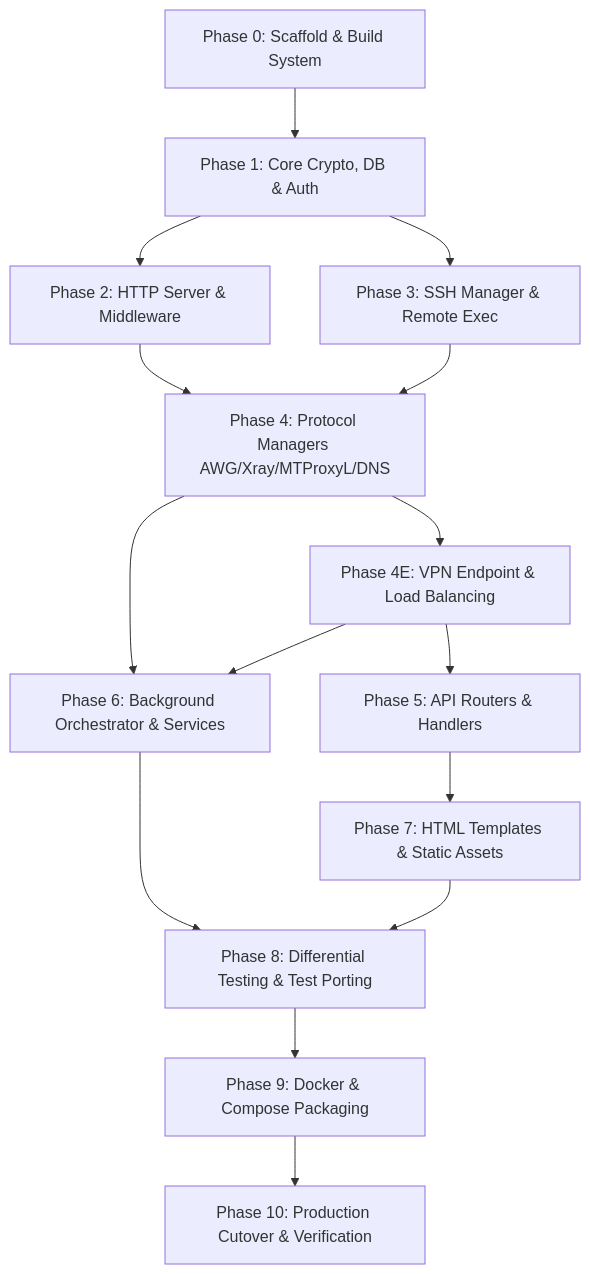
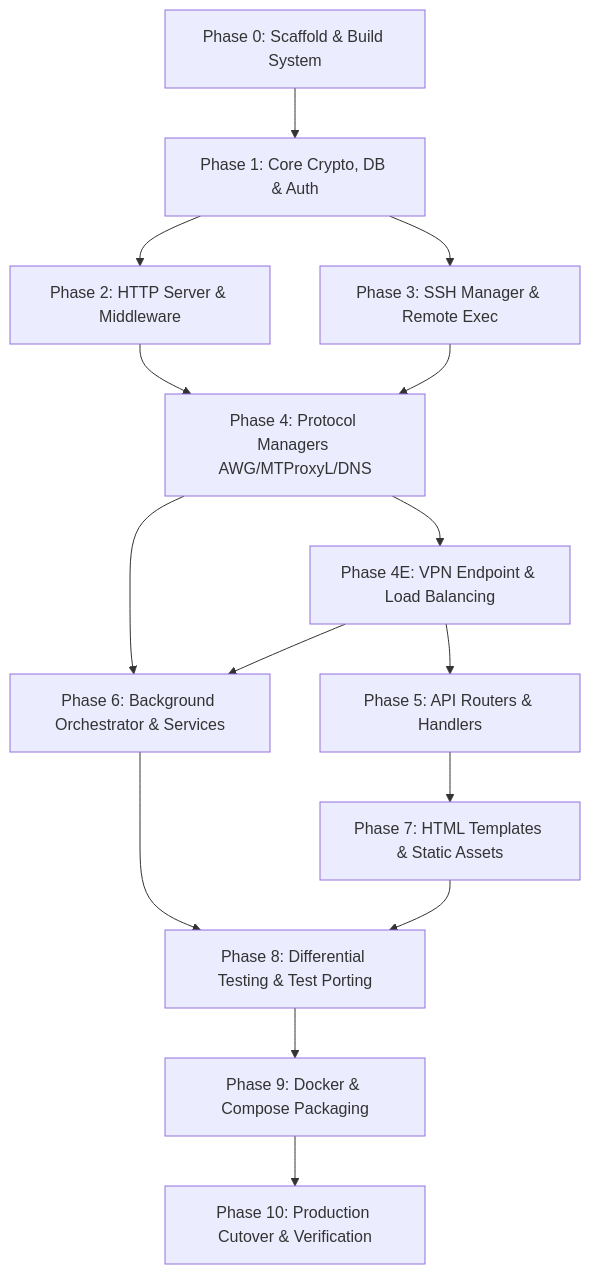
One commit to devops-igor/amnezia-web-ui changed the diagram in docs/plans/2026-08-25-go-rewrite.md. Above: the diagram before and after it, drawn with Mermaid. The commit also changed other lines of this file and 24 other files, not shown here.

First line of the commit message:
refactor(core): purge Xray protocol from plans, specifications, models, and UI

````diff
--- a/docs/plans/2026-08-25-go-rewrite.md
+++ b/docs/plans/2026-08-25-go-rewrite.md
@@ -430,17 +427,17 @@
 ```mermaid
 graph TD
     P0[Phase 0: Scaffold & Build System] --> P1[Phase 1: Core Crypto, DB & Auth]
     P1 --> P2[Phase 2: HTTP Server & Middleware]
     P1 --> P3[Phase 3: SSH Manager & Remote Exec]
-    P2 --> P4[Phase 4: Protocol Managers AWG/Xray/MTProxyL/DNS]
+    P2 --> P4[Phase 4: Protocol Managers AWG/MTProxyL/DNS]
     P3 --> P4
     P4 --> P4E[Phase 4E: VPN Endpoint & Load Balancing]
     P4E --> P5[Phase 5: API Routers & Handlers]
     P4 --> P6[Phase 6: Background Orchestrator & Services]
     P4E --> P6
     P5 --> P7[Phase 7: HTML Templates & Static Assets]
     P6 --> P8[Phase 8: Differential Testing & Test Porting]
     P7 --> P8
     P8 --> P9[Phase 9: Docker & Compose Packaging]
     P9 --> P10[Phase 10: Production Cutover & Verification]
 ```
````
